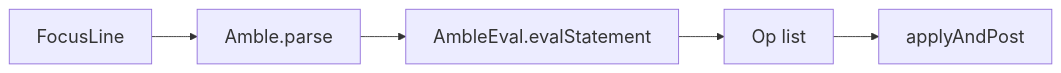
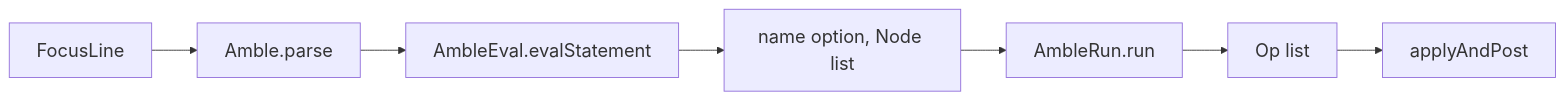
The diagram in doc/roadmap/amble-run.md (abaljeu/ambit), drawn with Mermaid before and after one commit. The commit also changed other lines of this file and 6 other files, not shown here.

````diff
--- a/doc/roadmap/amble-run.md
+++ b/doc/roadmap/amble-run.md
@@ -11,8 +11,10 @@
 ```mermaid
 %%{init: {'themeVariables': {'fontSize': '20px'}}}%%
 flowchart LR
     focusLine[FocusLine] --> parse[Amble.parse]
     parse --> eval[AmbleEval.evalStatement]
-    eval --> ops[Op list]
+    eval --> pair["name option, Node list"]
+    pair --> run[AmbleRun.run]
+    run --> ops[Op list]
     ops --> apply[applyAndPost]
 ```
````
